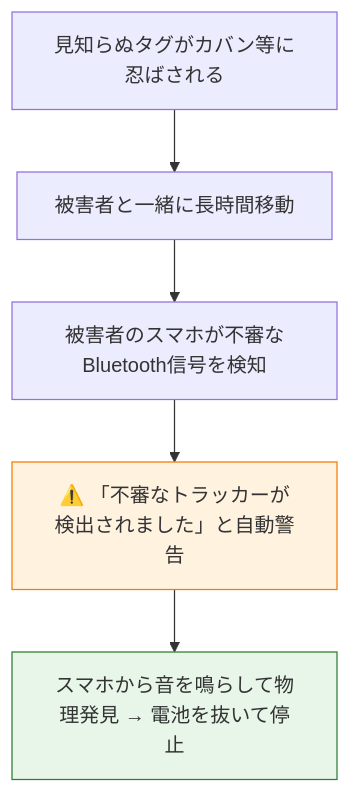
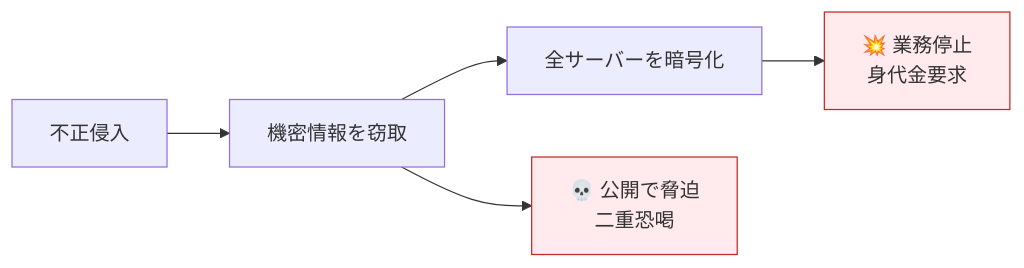
Before and after one commit to kashiwabarakenji/multimedia: the third of 5 diagrams in security.qmd, drawn with Mermaid. The commit also changed other lines of this file, not shown here.

````diff
--- a/security.qmd
+++ b/security.qmd
@@ -390,9 +281,9 @@
 ```{mermaid}
-flowchart TD
-    A[見知らぬタグがカバン等に忍ばされる] --> B[被害者と一緒に長時間移動]
-    B --> C[被害者のスマホが不審なBluetooth信号を検知]
-    C --> D[⚠️ 「不審なトラッカーが検出されました」と自動警告]
-    D --> E[スマホから音を鳴らして物理発見 → 電池を抜いて停止]
-    style D fill:#fff3e0,stroke:#f57c00
-    style E fill:#e8f5e9,stroke:#2e7d32
+flowchart LR
+    A[不正侵入] --> B[機密情報を窃取]
+    B --> C[全サーバーを暗号化]
+    C --> D["💥 業務停止<br/>身代金要求"]
+    B --> E["💀 公開で脅迫<br/>二重恐喝"]
+    style D fill:#ffebee,stroke:#c62828
+    style E fill:#ffebee,stroke:#c62828
 ```
````
